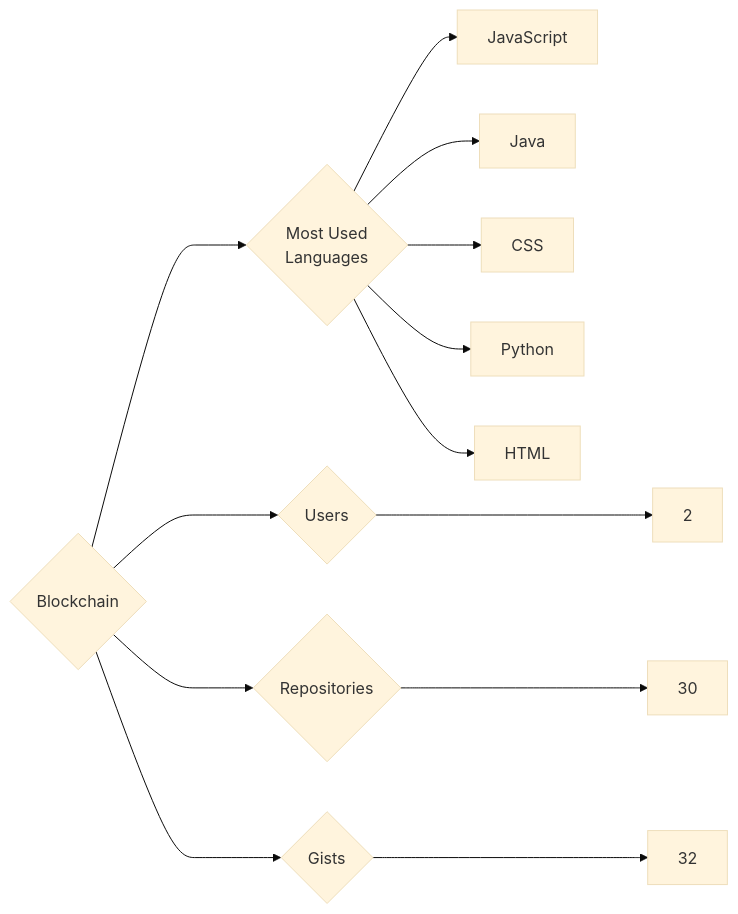
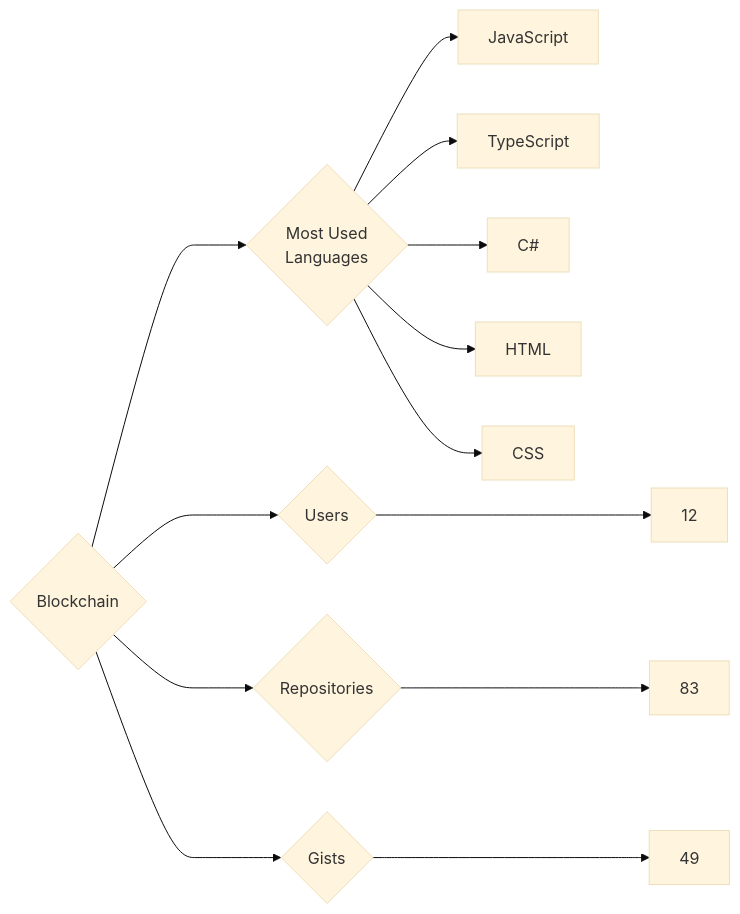
One commit to trickest/insiders changed the diagram in targets/Blockchain/README.md. Above: the diagram before and after it, drawn with Mermaid (base theme). The commit also changed 823 other files, not shown here.

````diff
--- a/targets/Blockchain/README.md
+++ b/targets/Blockchain/README.md
@@ -3,13 +3,13 @@
 ```mermaid
 graph LR
 COMPANY_NAME{Blockchain}
-COMPANY_NAME ---> U{Users} ---> UN[2]
-COMPANY_NAME ---> R{Repositories} ---> RN[30]
-COMPANY_NAME ---> G{Gists} ---> GN[32]
+COMPANY_NAME ---> U{Users} ---> UN[12]
+COMPANY_NAME ---> R{Repositories} ---> RN[83]
+COMPANY_NAME ---> G{Gists} ---> GN[49]
 COMPANY_NAME ---> ML{Most Used<br>Languages}
 ML --> JavaScript[JavaScript]
-ML --> Java[Java]
+ML --> TypeScript[TypeScript]
+ML --> C#[C#]
+ML --> HTML[HTML]
 ML --> CSS[CSS]
-ML --> Python[Python]
-ML --> HTML[HTML]
 ```
````
